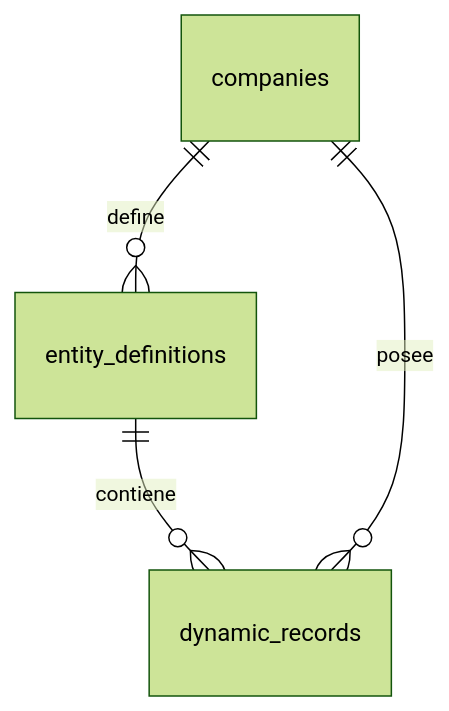
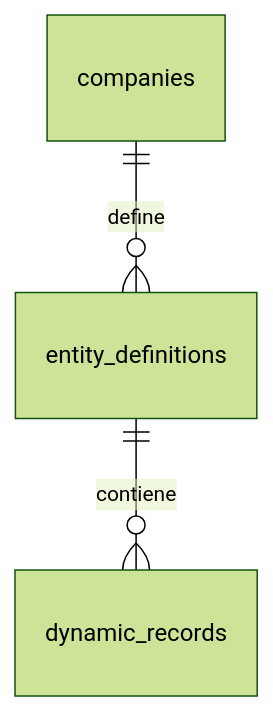
One commit to Optus-development-team/optus-agentBE changed the second of 2 diagrams in .github/docs/db/DATABASE.md. Above: the diagram before and after it, drawn with Mermaid (forest theme). The commit also changed other lines of this file and 3 other files, not shown here.

First line of the commit message:
Enhance documentation for multi-tenant backend structure and program flows

````diff
--- a/.github/docs/db/DATABASE.md
+++ b/.github/docs/db/DATABASE.md
@@ -83,6 +153,5 @@
 ```mermaid
 erDiagram
   companies ||--o{ entity_definitions : "define"
   entity_definitions ||--o{ dynamic_records : "contiene"
-  companies ||--o{ dynamic_records : "posee"
 ```
````
